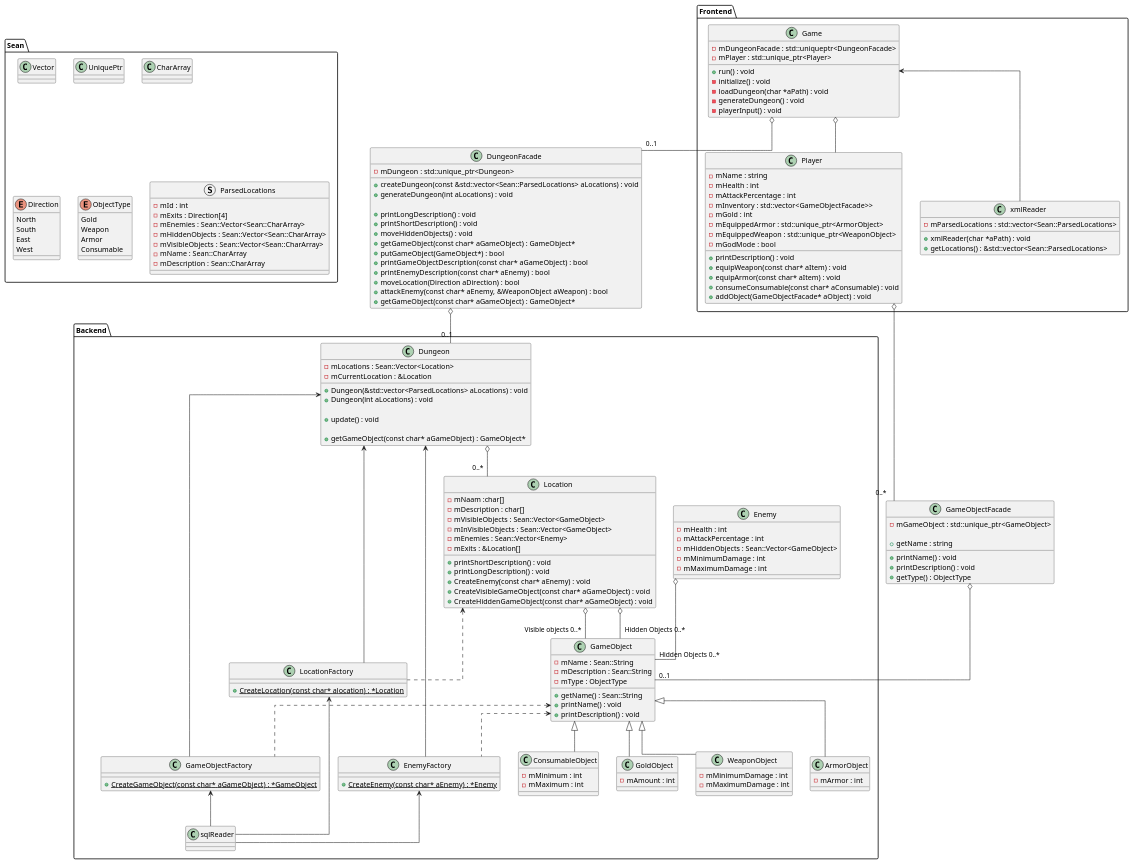
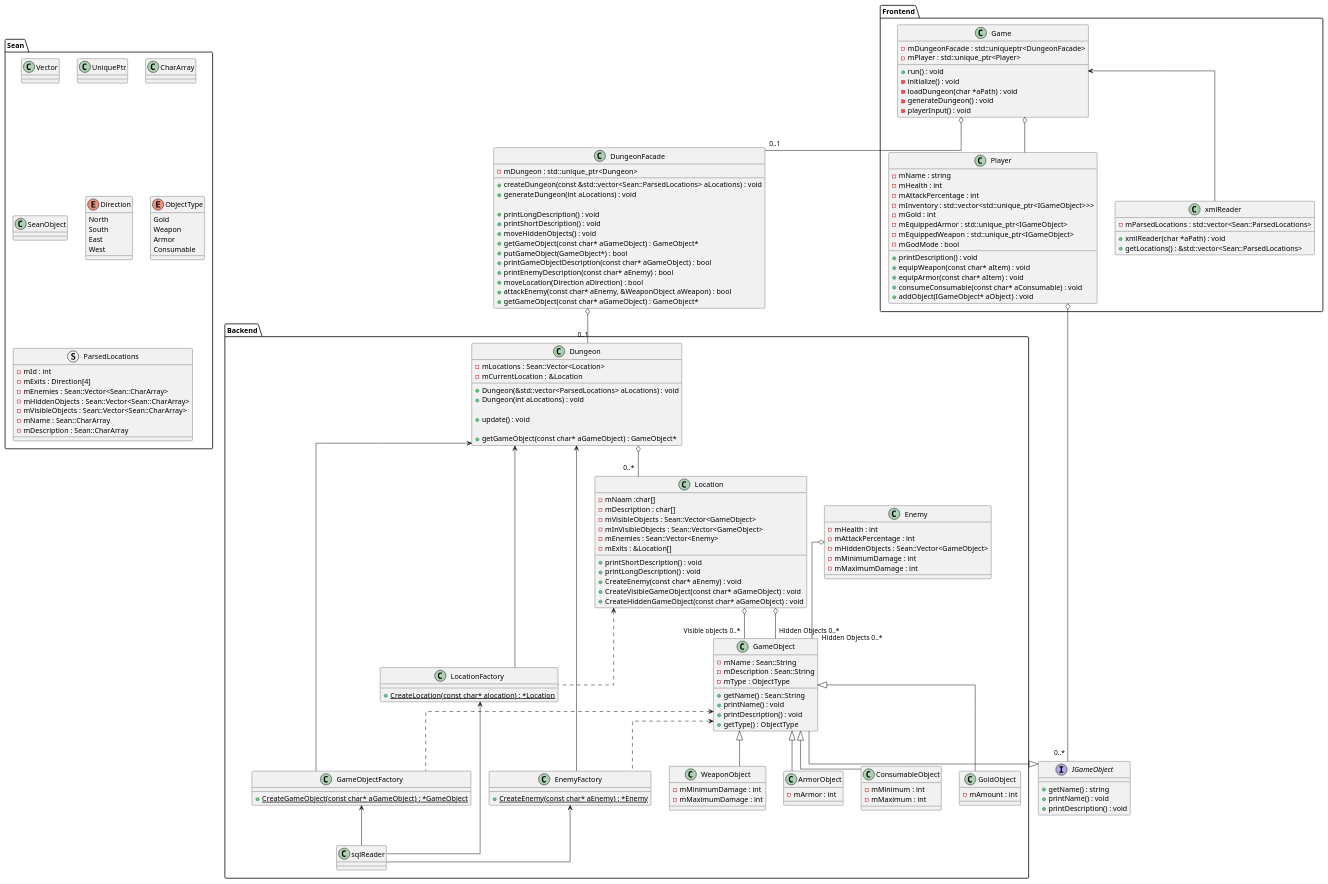
One commit to heavydragon99/CPP_Assessment changed the diagram in docs/classDiagram/class.puml. Above: the diagram before and after it, drawn with PlantUML. The commit also changed 11 other files, not shown here.

First line of the commit message:
Changed GameObjectFacade

```diff
--- a/docs/classDiagram/class.puml
+++ b/docs/classDiagram/class.puml
@@ -1,4 +1,4 @@
-@startuml
+@startuml classDiagram
 
 ' skinparam backgroundColor #1e1e1e
 ' skinparam classBackgroundColor #2d2d2d
@@ -16,6 +16,8 @@
     class UniquePtr{}
 
     class CharArray{}
+
+    class SeanObject{}
 
     enum Direction{
         North
@@ -81,6 +83,7 @@
         + getName() : Sean::String
         + printName() : void
         + printDescription() : void
+        + getType() : ObjectType
     }
 
     class GoldObject{
@@ -155,17 +158,17 @@
         - mName : string
         - mHealth : int
         - mAttackPercentage : int
-        - mInventory : std::vector<GameObjectFacade>>
+        - mInventory : std::vector<std::unique_ptr<IGameObject>>>
         - mGold : int
-        - mEquippedArmor : std::unique_ptr<ArmorObject>
-        - mEquippedWeapon : std::unique_ptr<WeaponObject>
+        - mEquippedArmor : std::unique_ptr<IGameObject>
+        - mEquippedWeapon : std::unique_ptr<IGameObject>
         - mGodMode : bool
 
         + printDescription() : void
         + equipWeapon(const char* aItem) : void
         + equipArmor(const char* aItem) : void
         + consumeConsumable(const char* aConsumable) : void
-        + addObject(GameObjectFacade* aObject) : void
+        + addObject(IGameObject* aObject) : void
     }
 
     class Game{
@@ -211,22 +214,18 @@
     + getGameObject(const char* aGameObject) : GameObject*
 }
 
-class GameObjectFacade{
-    - mGameObject : std::unique_ptr<GameObject>
-
-    + getName : string
+interface IGameObject{
+    + getName() : string
     + printName() : void
     + printDescription() : void
-    + getType() : ObjectType
-
 }
 
 Game o-- "0..1" DungeonFacade
 
-Player o-- "0..*" GameObjectFacade
+Player o-- "0..*" IGameObject
 
 DungeonFacade o--"0..1" Dungeon
-GameObjectFacade o--"0..1" GameObject
+GameObject --|> IGameObject
 
 
 
```
